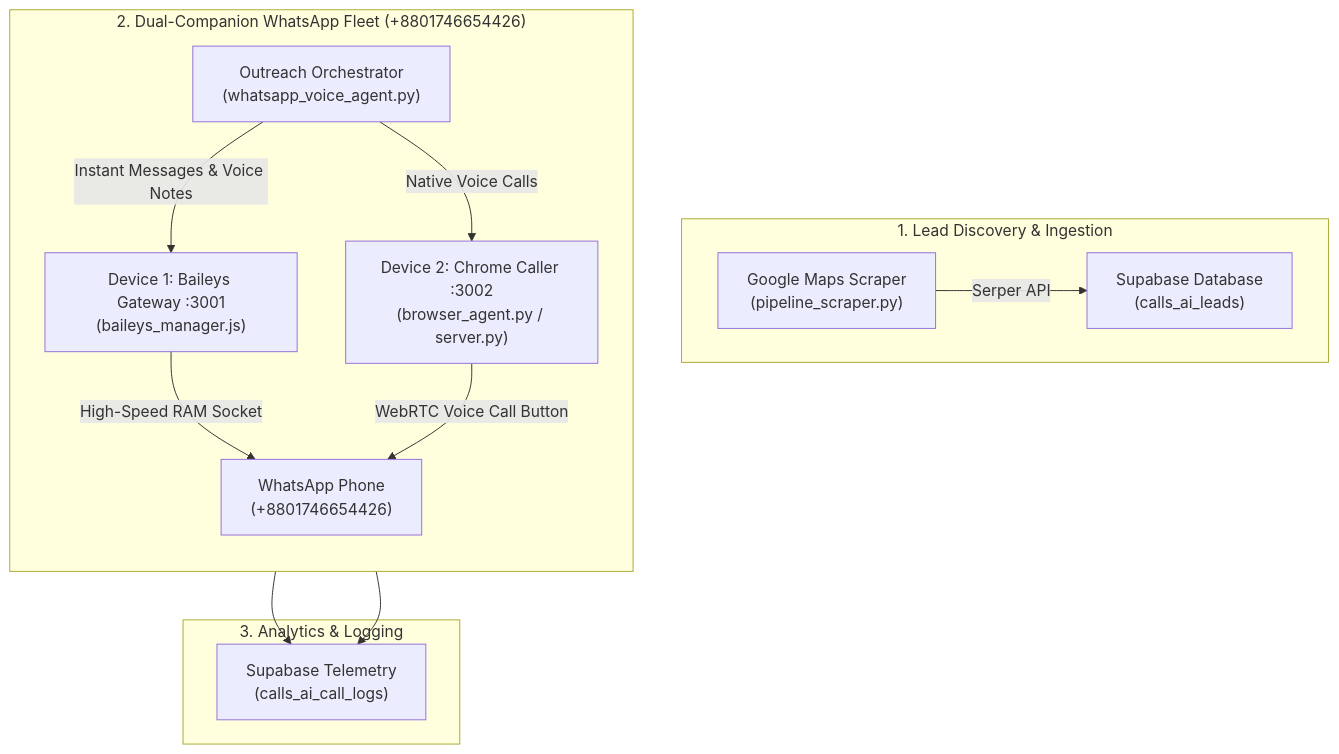
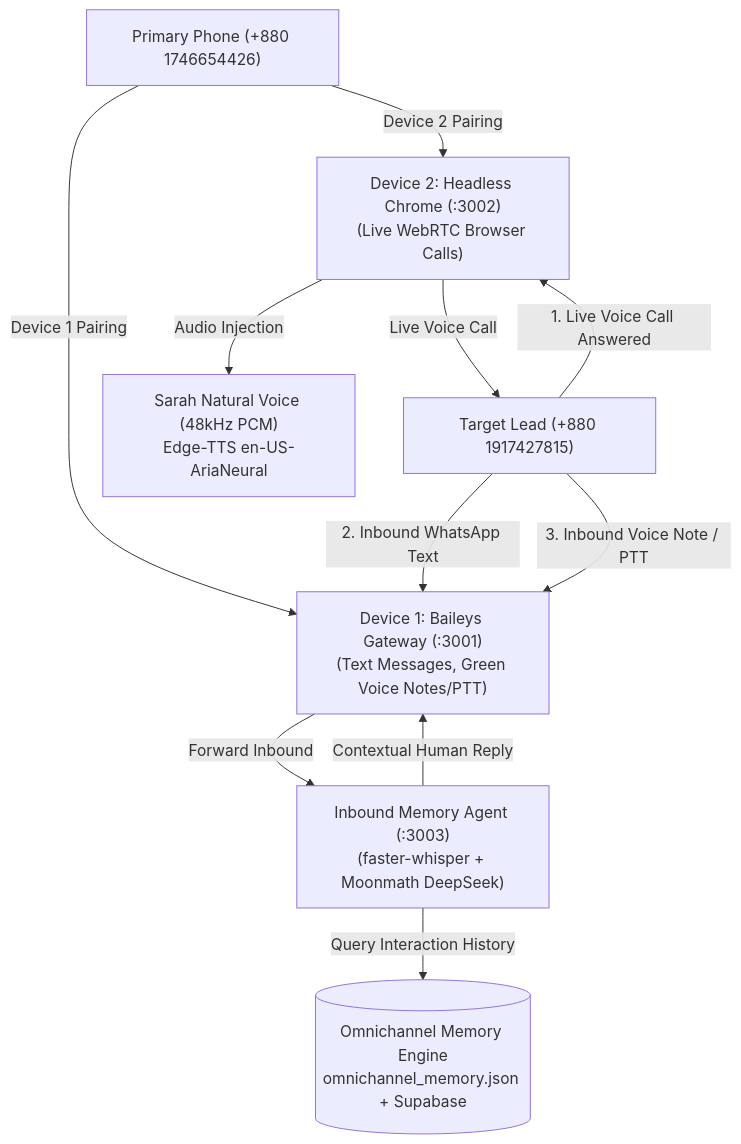
Before and after one commit to 12345Shahid/Automation-Tools: the diagram in CALLING_AGENT_GUIDE.md, drawn with Mermaid. The commit also changed other lines of this file and 4 other files, not shown here.

````diff
--- a/CALLING_AGENT_GUIDE.md
+++ b/CALLING_AGENT_GUIDE.md
@@ -30,22 +17,16 @@
 ```mermaid
-flowchart TD
-    subgraph Lead_Pipeline["1. Lead Discovery & Ingestion"]
-        A["Google Maps Scraper\n(pipeline_scraper.py)"] -->|Serper API| B["Supabase Database\n(calls_ai_leads)"]
-    end
-
-    subgraph Dual_Companion["2. Dual-Companion WhatsApp Fleet (+8801746654426)"]
-        direction TB
-        C["Outreach Orchestrator\n(whatsapp_voice_agent.py)"]
-        
-        C -->|Instant Messages & Voice Notes| D["Device 1: Baileys Gateway :3001\n(baileys_manager.js)"]
-        C -->|Native Voice Calls| E["Device 2: Chrome Caller :3002\n(browser_agent.py / server.py)"]
-        
-        D -->|High-Speed RAM Socket| F["WhatsApp Phone\n(+8801746654426)"]
-        E -->|WebRTC Voice Call Button| F
-    end
-
-    subgraph Telemetry["3. Analytics & Logging"]
-        D --> G["Supabase Telemetry\n(calls_ai_call_logs)"]
-        E --> G
-    end
+graph TD
+    PrimaryPhone["Primary Phone (+880 1746654426)"] -->|Device 1 Pairing| BaileysGateway["Device 1: Baileys Gateway (:3001)<br/>(Text Messages, Green Voice Notes/PTT)"]
+    PrimaryPhone -->|Device 2 Pairing| BrowserCaller["Device 2: Headless Chrome (:3002)<br/>(Live WebRTC Browser Calls)"]
+    
+    BrowserCaller -->|Live Voice Call| TargetLead["Target Lead (+880 1917427815)"]
+    BrowserCaller -->|Audio Injection| SarahTTS["Sarah Natural Voice (48kHz PCM)<br/>Edge-TTS en-US-AriaNeural"]
+    
+    TargetLead -->|1. Live Voice Call Answered| BrowserCaller
+    TargetLead -->|2. Inbound WhatsApp Text| BaileysGateway
+    TargetLead -->|3. Inbound Voice Note / PTT| BaileysGateway
+    
+    BaileysGateway -->|Forward Inbound| InboundAgent["Inbound Memory Agent (:3003)<br/>(faster-whisper + Moonmath DeepSeek)"]
+    InboundAgent -->|Query Interaction History| MemoryStore[("Omnichannel Memory Engine<br/>omnichannel_memory.json + Supabase")]
+    InboundAgent -->|Contextual Human Reply| BaileysGateway
 ```
````
